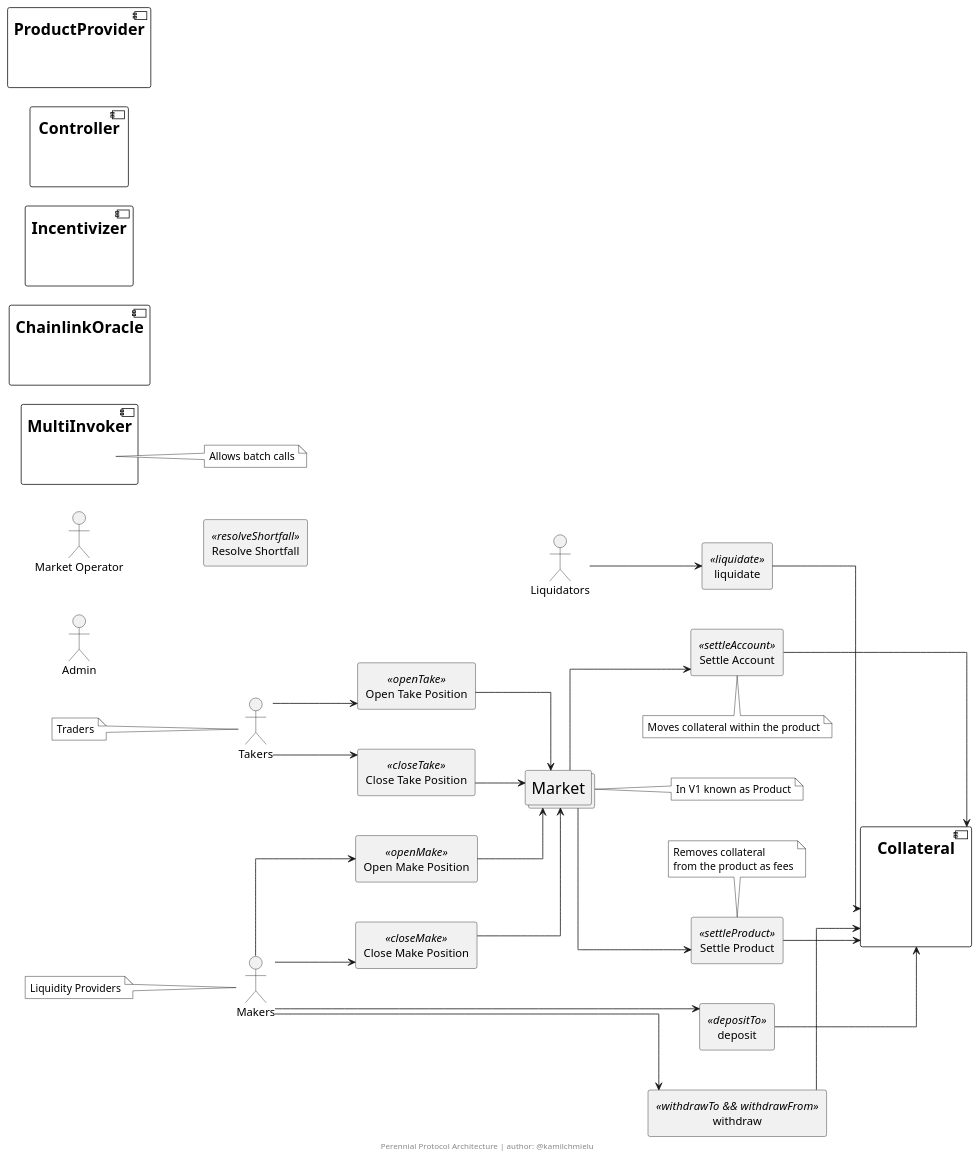
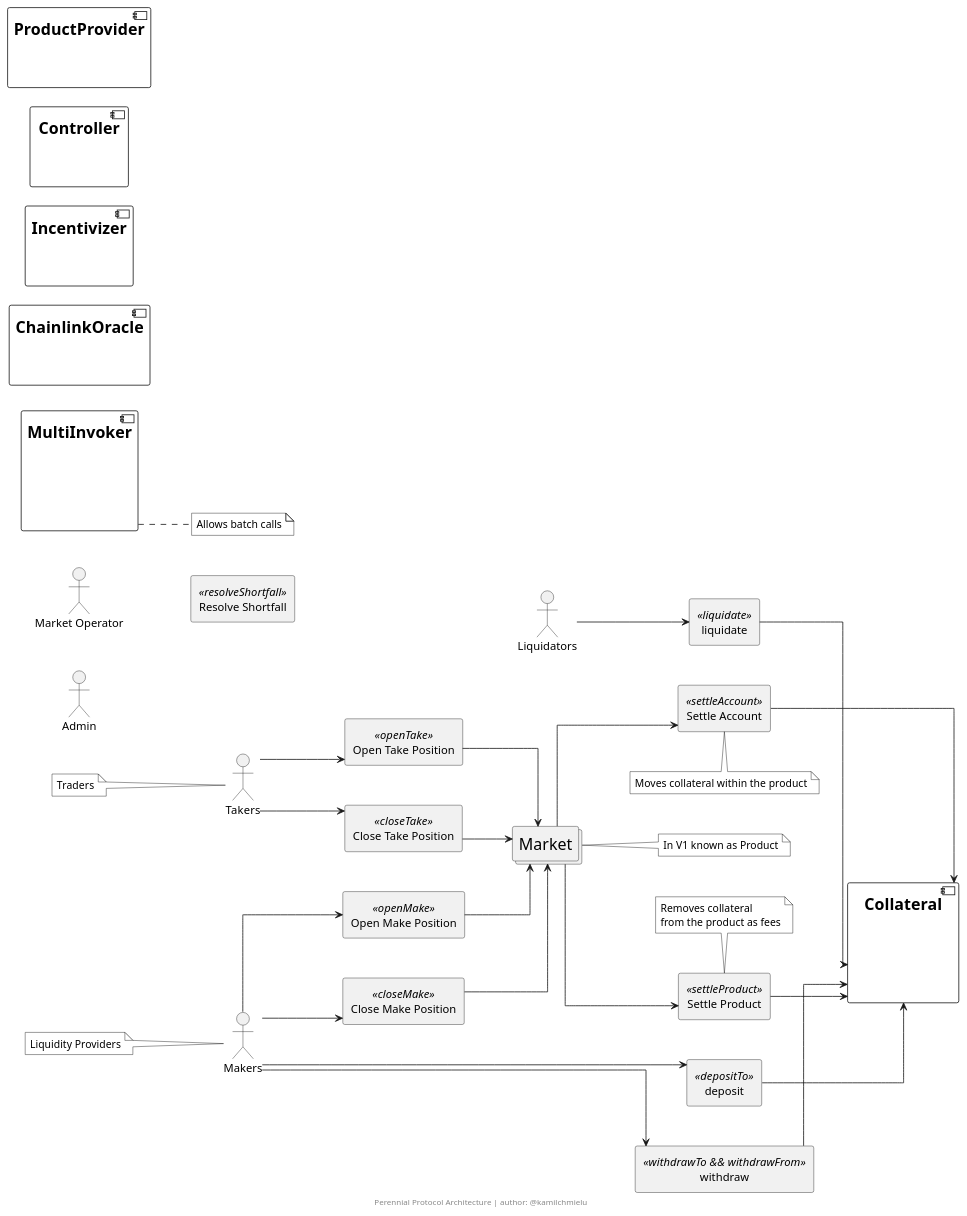
Before and after one commit to ChmielewskiKamil/perennial-notes: the diagram in diagrams/PerennialArchitecture.puml, drawn with PlantUML.

Commit message:
♻️ Reorganize notes

```diff
--- a/diagrams/PerennialArchitecture.puml
+++ b/diagrams/PerennialArchitecture.puml
@@ -1,120 +1,125 @@
 @startuml PerennialArchitecture
 
 left to right direction
 
 skinparam linetype ortho
 skinparam nodesep 50
 skinparam ranksep 60
 
 skinparam note {
     BorderColor black
     BackgroundColor white
     FontColor black
 }
 skinparam component {
     FontSize 20
 }
 
 skinparam collections {
     FontSize 20
 }
 
 'Invisible Placeholder'
 skinparam artifact {
     BorderColor invisible
     BackgroundColor transparent
     FontSize 10
     FontColor transparent
 }
 
 /' Actors '/
 actor Liquidators
 actor Makers
-note left: Liquidity Providers
 actor Takers
-note left: Traders
 actor "Market Operator" as MarketOperator
 actor Admin
 
 /' //////////////////////////////////////////////////////////////////
 //                           Core Contracts                        //
 ////////////////////////////////////////////////////////////////// '/
 
 collections Market
-note right: In V1 known as Product
 
 component Collateral {
     artifact Placeholder1
 }
 
 component MultiInvoker {
     artifact Placeholder2
 }
-note right: Allows batch calls
 
 component ChainlinkOracle {
     artifact Placeholder3
 }
 
 component Incentivizer {
     artifact Placeholder4
 }
 
 component Controller {
     artifact Placeholder5
 }
 
 component ProductProvider {
     artifact Placeholder6
 }
 
 /' //////////////////////////////////////////////////////////////////
 //                       Contract Functions                        //
 ////////////////////////////////////////////////////////////////// '/
 
 /'Collateral'/
 rectangle deposit <<depositTo>>
 rectangle withdraw <<withdrawTo && withdrawFrom>>
 rectangle liquidate <<liquidate>>
 rectangle "Settle Account" as settleAccount <<settleAccount>>
-note bottom of settleAccount: Moves collateral within the product 
 rectangle "Settle Product" as settleProduct <<settleProduct>>
-note top: Removes collateral\nfrom the product as fees
 rectangle "Resolve Shortfall" as resolveShortfall <<resolveShortfall>>
 
 /'Market'/
 rectangle "Open Take Position" as openTake <<openTake>>
 rectangle "Close Take Position" as closeTake <<closeTake>>
 rectangle "Open Make Position" as openMake <<openMake>>
 rectangle "Close Make Position" as closeMake <<closeMake>>
 
 /' //////////////////////////////////////////////////////////////////
 //                           Connections                           //
 ////////////////////////////////////////////////////////////////// '/
 
 'Connections to Collateral contract (Collateral contract functions)'
 deposit --> Collateral
 withdraw --> Collateral
 liquidate --> Collateral
 settleAccount --> Collateral
 settleProduct --> Collateral
 'Calls to Collateral contract functions'
 Makers --> deposit
 Makers --> withdraw
 Liquidators --> liquidate
 Market --> settleAccount 
 Market --> settleProduct 
 
 'Connections to Market contract (Market functions)'
 openMake --> Market
 closeMake --> Market
 openTake --> Market
 closeTake --> Market
 'Calls to Market contract functions'
 Makers --> openMake 
 Makers --> closeMake 
 Takers --> openTake
 Takers --> closeTake
 
+/' //////////////////////////////////////////////////////////////////
+//                             Notes                               //
+////////////////////////////////////////////////////////////////// '/
+
+note bottom of settleAccount: Moves collateral within the product 
+note top of settleProduct: Removes collateral\nfrom the product as fees
+note right of MultiInvoker: Allows batch calls
+note right of Market: In V1 known as Product
+note left of Makers: Liquidity Providers
+note left of Takers: Traders
+
 footer Perennial Protocol Architecture | author: @kamilchmielu
 @enduml
```
